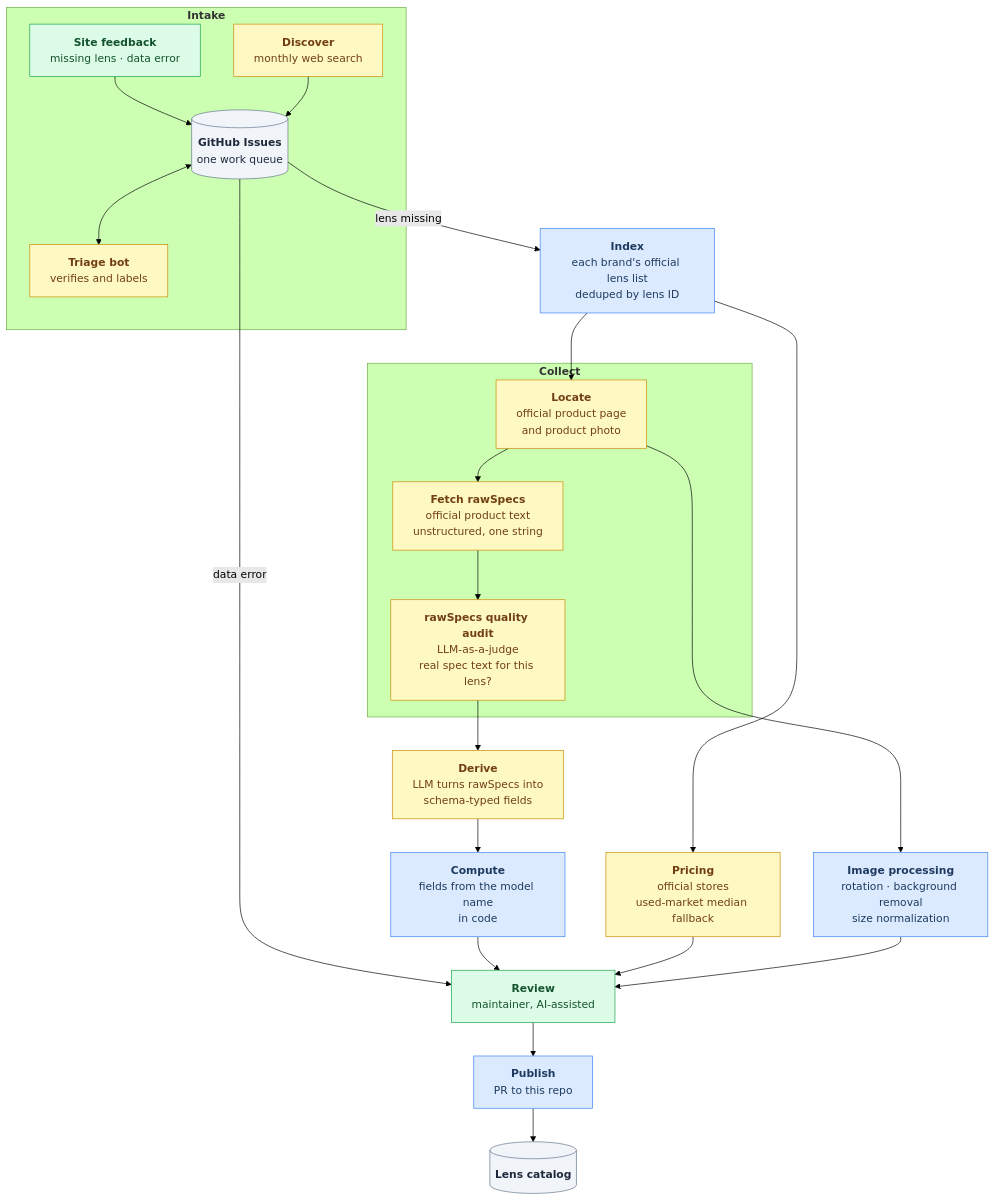
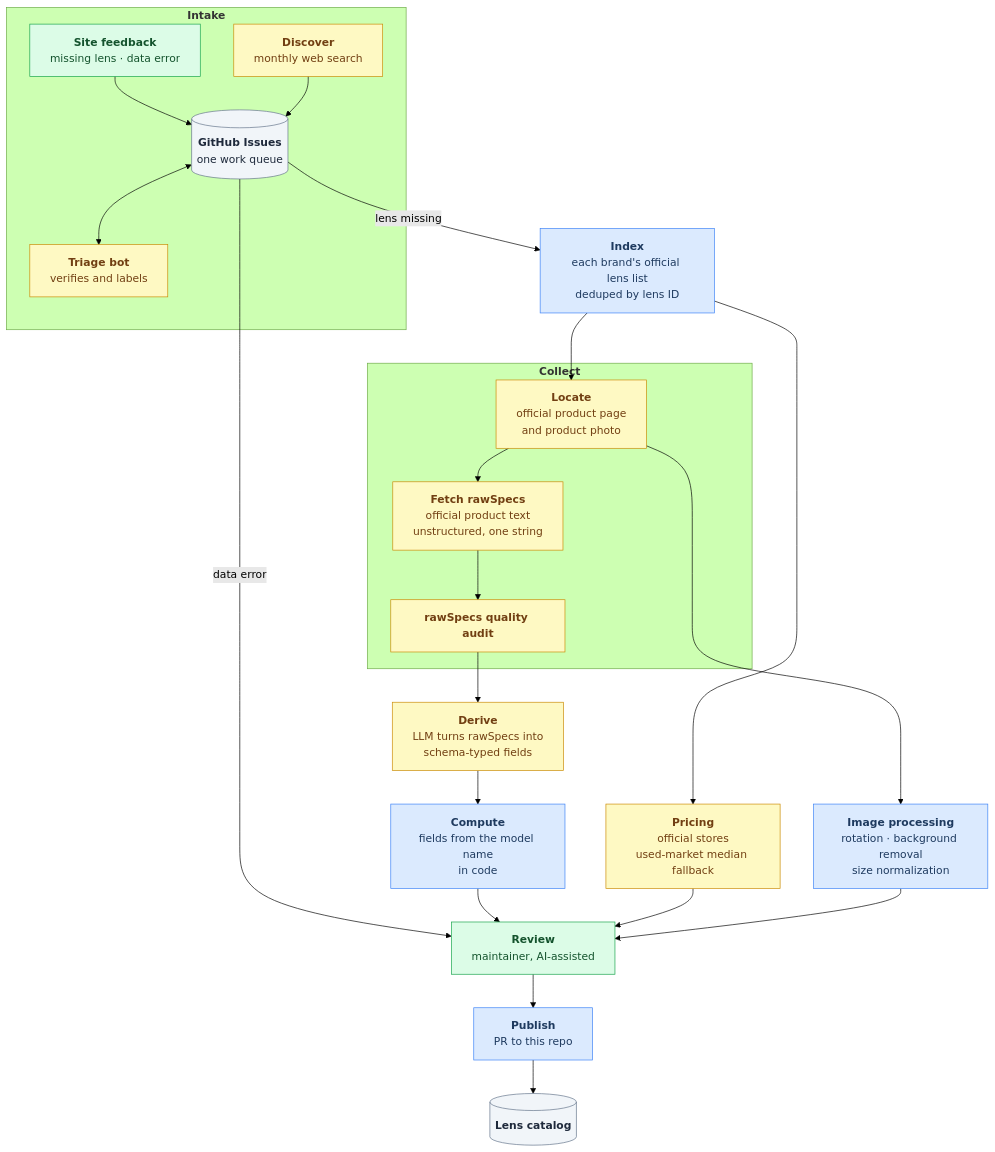
The second of 3 diagrams in README.md (sentacraft/atlens), drawn with Mermaid (forest theme) before and after one commit.

Commit message:
docs: drop the description under the rawSpecs quality audit

````diff
--- a/README.md
+++ b/README.md
@@ -177,65 +177,63 @@
 ```mermaid
 flowchart TD
   subgraph intake["`**Intake**`"]
     FEED["`**Site feedback**
 missing lens · data error`"]
     DISC["`**Discover**
 monthly web search`"]
     ISSUES[("`**GitHub Issues**
 one work queue`")]
     TRI["`**Triage bot**
 verifies and labels`"]
   end
 
   IDX["`**Index**
 each brand's official lens list
 deduped by lens ID`"]
   subgraph collect["`**Collect**`"]
     C1["`**Locate**
 official product page
 and product photo`"]
     C2["`**Fetch rawSpecs**
 official product text
 unstructured, one string`"]
-    AUDIT["`**rawSpecs quality audit**
-LLM-as-a-judge
-real spec text for this lens?`"]
+    AUDIT["`**rawSpecs quality audit**`"]
   end
   DER["`**Derive**
 LLM turns rawSpecs into
 schema-typed fields`"]
   CMP["`**Compute**
 fields from the model name
 in code`"]
   PRC["`**Pricing**
 official stores
 used-market median fallback`"]
   IMG["`**Image processing**
 rotation · background removal
 size normalization`"]
   REV["`**Review**
 maintainer, AI-assisted`"]
   PUB["`**Publish**
 PR to this repo`"]
   DB[("`**Lens catalog**`")]
 
   FEED --> ISSUES
   DISC --> ISSUES
   ISSUES <--> TRI
   ISSUES -->|"lens missing"| IDX
   ISSUES -->|"data error"| REV
   IDX --> C1 --> C2 --> AUDIT --> DER --> CMP --> REV
   IDX --> PRC --> REV
   C1 --> IMG --> REV
   REV --> PUB --> DB
 
   classDef script fill:#dbeafe,stroke:#3b82f6,color:#1e3a5f
   classDef agent fill:#fef9c3,stroke:#ca8a04,color:#713f12
   classDef human fill:#dcfce7,stroke:#16a34a,color:#14532d
   classDef store fill:#f1f5f9,stroke:#64748b,color:#1e293b
 
   class IDX,CMP,IMG,PUB script
   class DISC,TRI,C1,C2,AUDIT,DER,PRC agent
   class FEED,REV human
   class ISSUES,DB store
 ```
````
